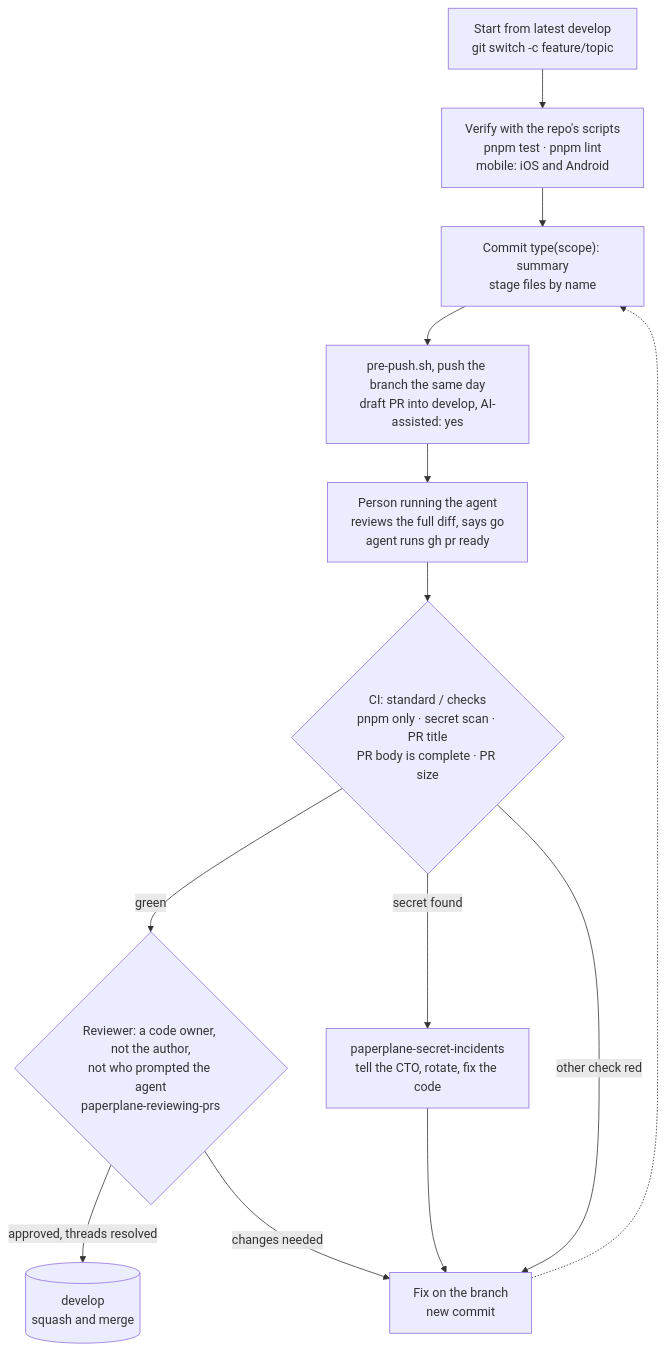
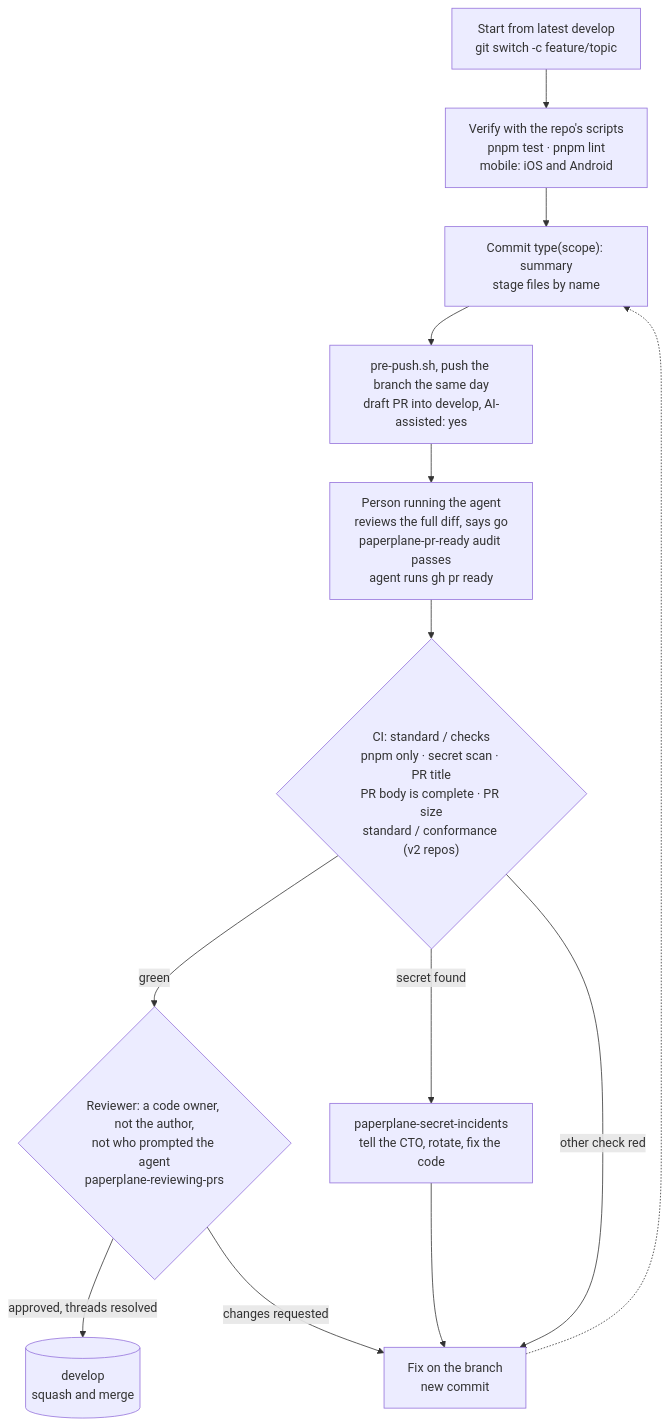
Before and after one commit to Jacob-Valor/paperplane-engineering-workflow-skills: the first of 2 diagrams in README.md, drawn with Mermaid. The commit also changed other lines of this file and 84 other files, not shown here.

````diff
--- a/README.md
+++ b/README.md
@@ -121,15 +124,15 @@
 ```mermaid
 flowchart TD
   A["Start from latest develop<br/>git switch -c feature/topic"] --> B["Verify with the repo's scripts<br/>pnpm test · pnpm lint<br/>mobile: iOS and Android"]
   B --> C["Commit type(scope): summary<br/>stage files by name"]
   C --> F["pre-push.sh, push the branch the same day<br/>draft PR into develop, AI-assisted: yes"]
-  F --> E["Person running the agent<br/>reviews the full diff, says go<br/>agent runs gh pr ready"]
-  E --> G{"CI: standard / checks<br/>pnpm only · secret scan · PR title<br/>PR body is complete · PR size"}
+  F --> E["Person running the agent<br/>reviews the full diff, says go<br/>paperplane-pr-ready audit passes<br/>agent runs gh pr ready"]
+  E --> G{"CI: standard / checks<br/>pnpm only · secret scan · PR title<br/>PR body is complete · PR size<br/>standard / conformance (v2 repos)"}
   G -->|"green"| R{"Reviewer: a code owner, not the author,<br/>not who prompted the agent<br/>paperplane-reviewing-prs"}
   R -->|"approved, threads resolved"| D[("develop<br/>squash and merge")]
   G -->|"secret found"| S["paperplane-secret-incidents<br/>tell the CTO, rotate, fix the code"]
   G -->|"other check red"| X["Fix on the branch<br/>new commit"]
-  R -->|"changes needed"| X
+  R -->|"changes requested"| X
   S --> X
   X -.-> C
 ```
````
